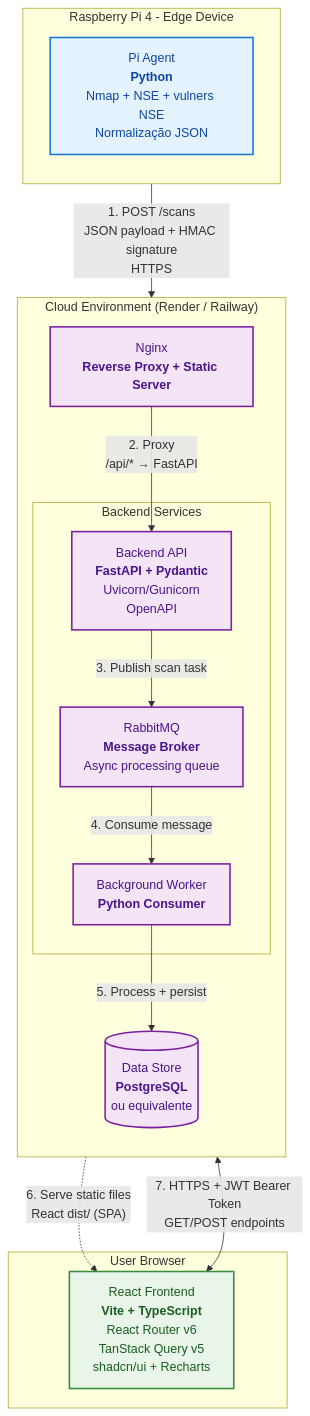
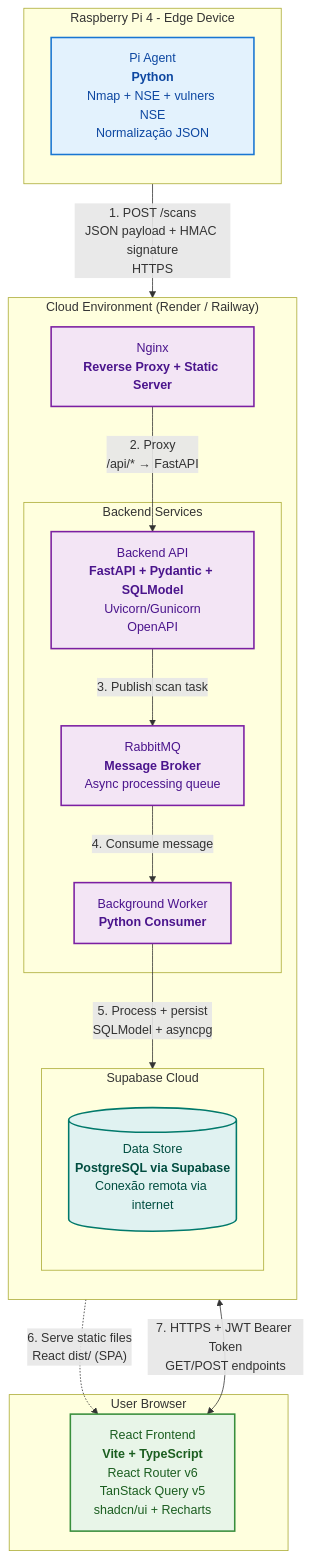
One commit to Dmitri-IMT/dmitri changed the diagram in docs/architecture/ARCHITECTURE.md. Above: the diagram before and after it, drawn with Mermaid. The commit also changed other lines of this file and 1 other file, not shown here.

Commit message:
docs: update architecture with database info from R-09

````diff
--- a/docs/architecture/ARCHITECTURE.md
+++ b/docs/architecture/ARCHITECTURE.md
@@ -63,47 +78,53 @@
 ```mermaid
 flowchart TB
     %% === EDGE DEVICE ===
     subgraph "Raspberry Pi 4 - Edge Device"
         direction TB
         A[Pi Agent<br/><b>Python</b><br/>Nmap + NSE + vulners NSE<br/>Normalização JSON]
     end
 
     %% === CLOUD ===
     subgraph "Cloud Environment (Render / Railway)"
         direction TB
         NGINX[Nginx<br/><b>Reverse Proxy + Static Server</b>]
         
         subgraph "Backend Services"
-            B[Backend API<br/><b>FastAPI + Pydantic</b><br/>Uvicorn/Gunicorn<br/>OpenAPI]
+            B[Backend API<br/><b>FastAPI + Pydantic + SQLModel</b><br/>Uvicorn/Gunicorn<br/>OpenAPI]
             R[RabbitMQ<br/><b>Message Broker</b><br/>Async processing queue]
             W[Background Worker<br/><b>Python Consumer</b>]
         end
-        
-        D[(Data Store<br/><b>PostgreSQL</b><br/>ou equivalente)]
+
+        %% === SUPABASE (EXTERNO) ===
+        subgraph "Supabase Cloud"
+            direction TB
+            D[(Data Store<br/><b>PostgreSQL via Supabase</b><br/>Conexão remota via internet)]
+        end
+
     end
 
     %% === BROWSER ===
     subgraph "User Browser"
         C[React Frontend<br/><b>Vite + TypeScript</b><br/>React Router v6<br/>TanStack Query v5<br/>shadcn/ui + Recharts]
     end
 
     %% === FLUXOS ===
     A -->|"1. POST /scans<br/>JSON payload + HMAC signature<br/>HTTPS"| NGINX
     NGINX -->|"2. Proxy<br/>/api/* → FastAPI"| B
     
     B -->|"3. Publish scan task"| R
     R -->|"4. Consume message"| W
-    W -->|"5. Process + persist"| D
+    W -->|"5. Process + persist<br/>SQLModel + asyncpg"| D
     
     NGINX -.->|"6. Serve static files<br/>React dist/ (SPA)"| C
     C <-->|"7. HTTPS + JWT Bearer Token<br/>GET/POST endpoints"| NGINX
 
     classDef edge fill:#e3f2fd,stroke:#1976d2,stroke-width:2px,color:#0d47a1
     classDef cloud fill:#f3e5f5,stroke:#7b1fa2,stroke-width:2px,color:#4a148c
+    classDef supabase fill:#e0f2f1,stroke:#00796b,stroke-width:2px,color:#004d40
     classDef browser fill:#e8f5e8,stroke:#388e3c,stroke-width:2px,color:#1b5e20
 
-    %% === APLICAÇÃO DAS CLASSES ===
     class A edge
-    class NGINX,B,R,W,D cloud
+    class NGINX,B,R,W cloud
+    class D supabase
     class C browser
 ```
````
